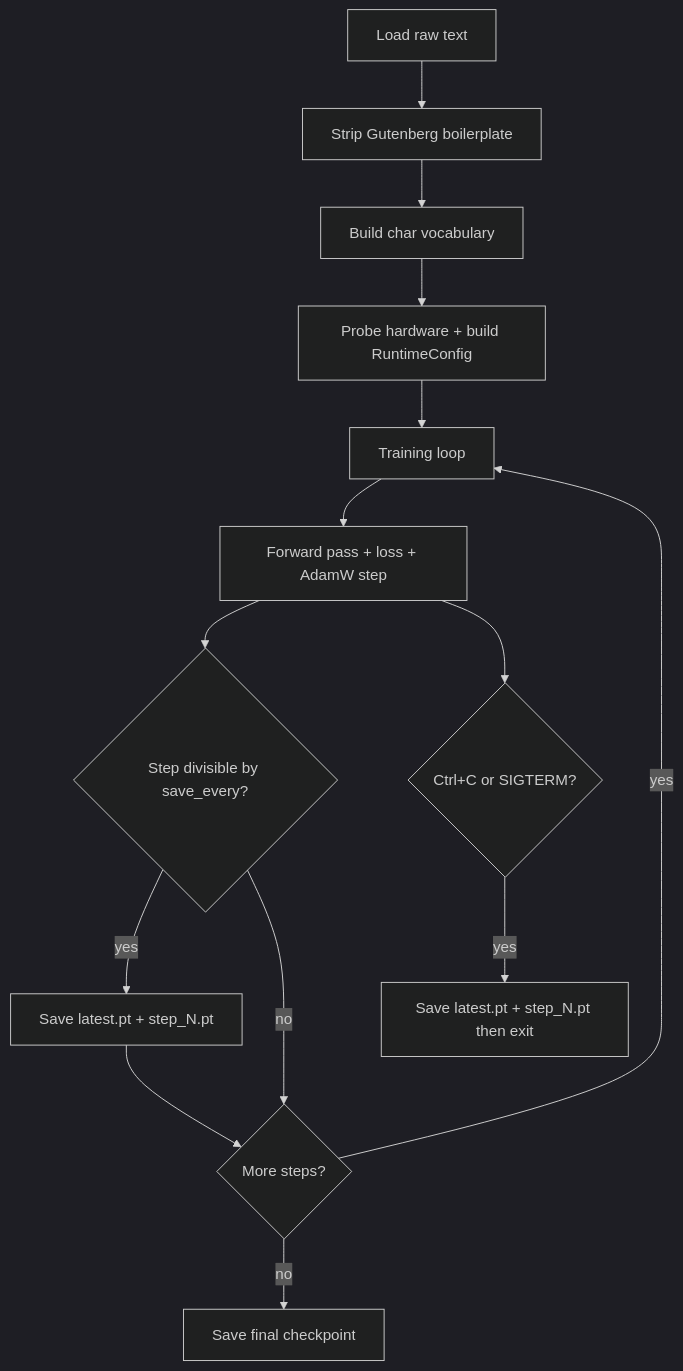
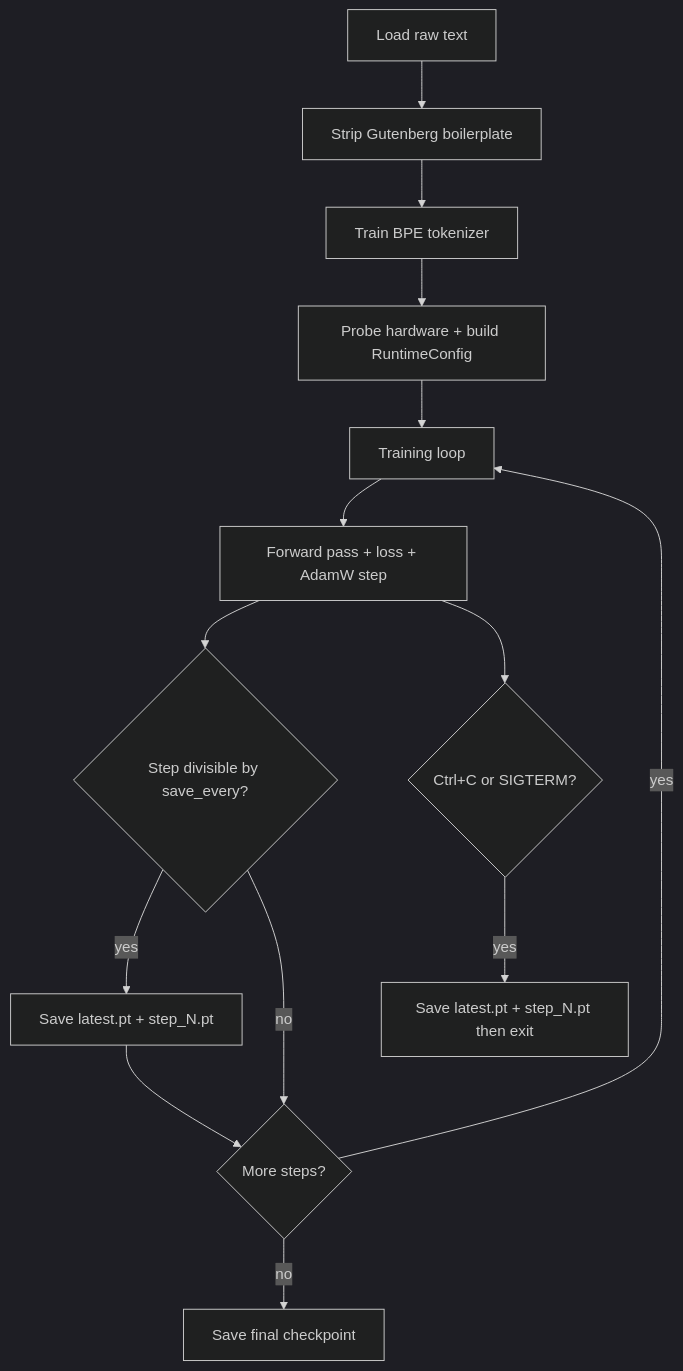
Before and after one commit to shubham-agarwal-techculture/transformer-model: the third of 9 diagrams in README.md, drawn with Mermaid (dark theme). The commit also changed other lines of this file and 23 other files, not shown here.

````diff
--- a/README.md
+++ b/README.md
@@ -119,16 +119,16 @@
 ```mermaid
 flowchart TD
     A[Load raw text] --> B[Strip Gutenberg boilerplate]
-    B --> C[Build char vocabulary]
+    B --> C[Train BPE tokenizer]
     C --> R[Probe hardware + build RuntimeConfig]
     R --> D[Training loop]
     D --> E[Forward pass + loss + AdamW step]
     E --> F{Step divisible by save_every?}
     F -->|yes| G[Save latest.pt + step_N.pt]
     F -->|no| H{More steps?}
     G --> H
     H -->|yes| D
     H -->|no| I[Save final checkpoint]
     E --> J{Ctrl+C or SIGTERM?}
     J -->|yes| K[Save latest.pt + step_N.pt then exit]
 ```
````
